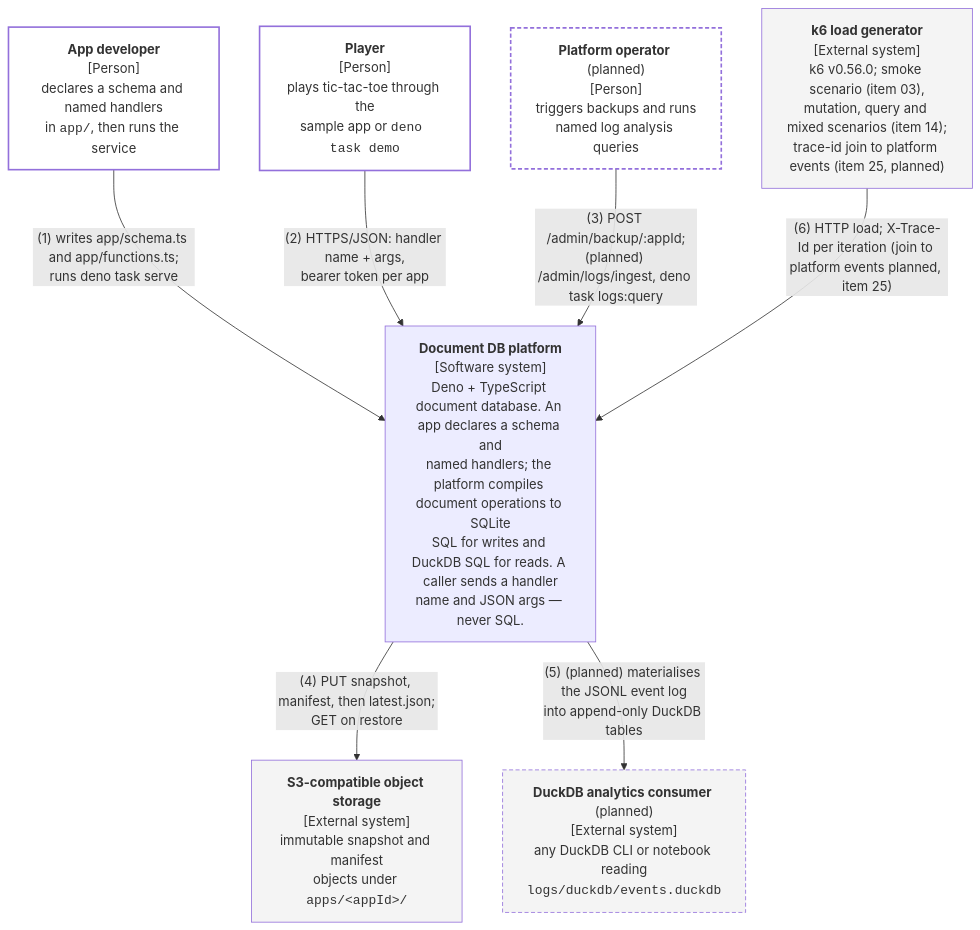
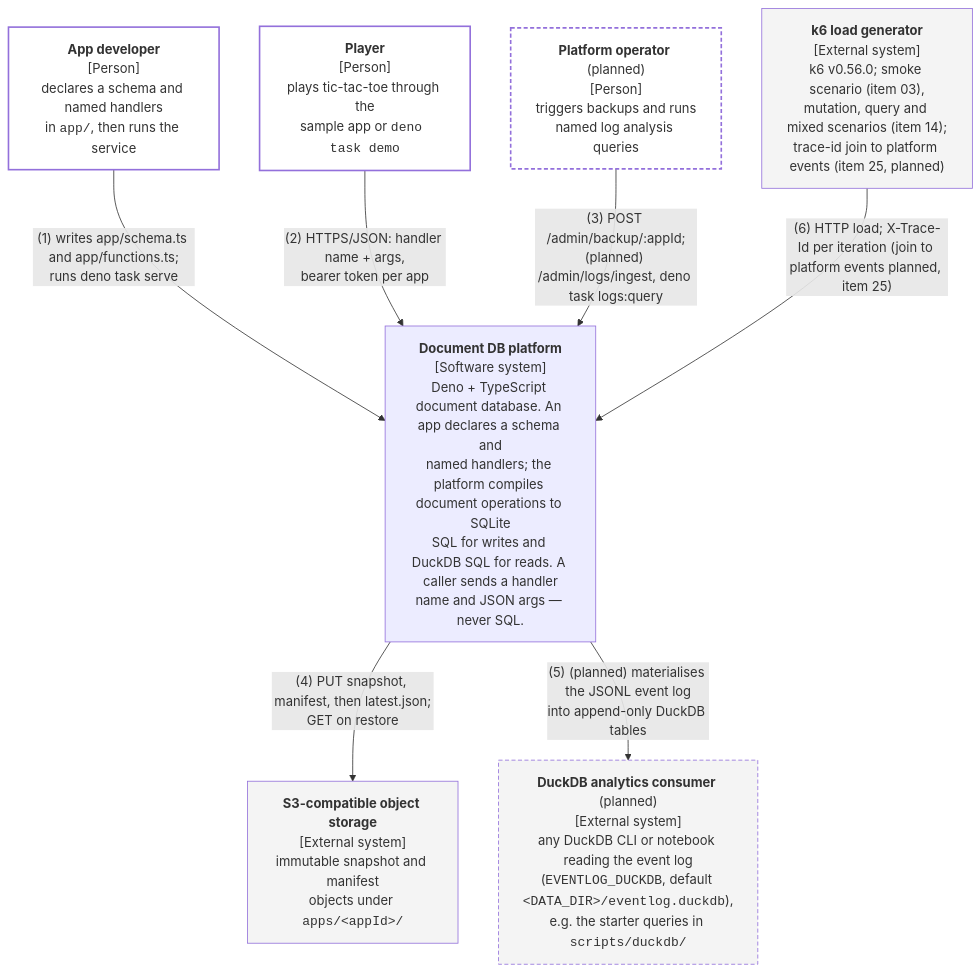
Before and after one commit to nickstrad/ts-db: the diagram in docs/architecture/c4-context-document-db.github.md, drawn with Mermaid. The commit also changed other lines of this file and 12 other files, not shown here.

First line of the commit message:
docs: C4 diagram audit — sync with items 01-14

````diff
--- a/docs/architecture/c4-context-document-db.github.md
+++ b/docs/architecture/c4-context-document-db.github.md
@@ -14,26 +14,26 @@
 ```mermaid
 flowchart TB
     dev["<b>App developer</b><br/>[Person]<br/>declares a schema and named handlers<br/>in <code>app/</code>, then runs the service"]
     player["<b>Player</b><br/>[Person]<br/>plays tic-tac-toe through the<br/>sample app or <code>deno task demo</code>"]
     op["<b>Platform operator</b> (planned)<br/>[Person]<br/>triggers backups and runs<br/>named log analysis queries"]
 
     plat["<b>Document DB platform</b><br/>[Software system]<br/>Deno + TypeScript document database. An app declares a schema and<br/>named handlers; the platform compiles document operations to SQLite<br/>SQL for writes and DuckDB SQL for reads. A caller sends a handler<br/>name and JSON args — never SQL."]
 
     s3["<b>S3-compatible object storage</b><br/>[External system]<br/>immutable snapshot and manifest<br/>objects under <code>apps/&lt;appId&gt;/</code>"]
-    duck["<b>DuckDB analytics consumer</b> (planned)<br/>[External system]<br/>any DuckDB CLI or notebook reading<br/><code>logs/duckdb/events.duckdb</code>"]
+    duck["<b>DuckDB analytics consumer</b> (planned)<br/>[External system]<br/>any DuckDB CLI or notebook reading the event log<br/>(<code>EVENTLOG_DUCKDB</code>, default <code>&lt;DATA_DIR&gt;/eventlog.duckdb</code>),<br/>e.g. the starter queries in <code>scripts/duckdb/</code>"]
     k6["<b>k6 load generator</b><br/>[External system]<br/>k6 v0.56.0; smoke scenario (item 03),<br/>mutation, query and mixed scenarios (item 14);<br/>trace-id join to platform events (item 25, planned)"]
 
     dev -->|"(1) writes app/schema.ts and app/functions.ts;<br/>runs deno task serve"| plat
     player -->|"(2) HTTPS/JSON: handler name + args,<br/>bearer token per app"| plat
     op -->|"(3) POST /admin/backup/:appId;<br/>(planned) /admin/logs/ingest, deno task logs:query"| plat
     plat -->|"(4) PUT snapshot, manifest, then latest.json;<br/>GET on restore"| s3
     plat -->|"(5) (planned) materialises the JSONL event log<br/>into append-only DuckDB tables"| duck
     k6 -->|"(6) HTTP load; X-Trace-Id per iteration (join to platform events planned, item 25)"| plat
 
     classDef planned stroke-dasharray: 5 3
     classDef person fill:#fff,stroke-width:2px
     classDef external fill:#f4f4f4
     class dev,player,op person
     class s3,duck,k6 external
     class op,duck planned
 ```
````
